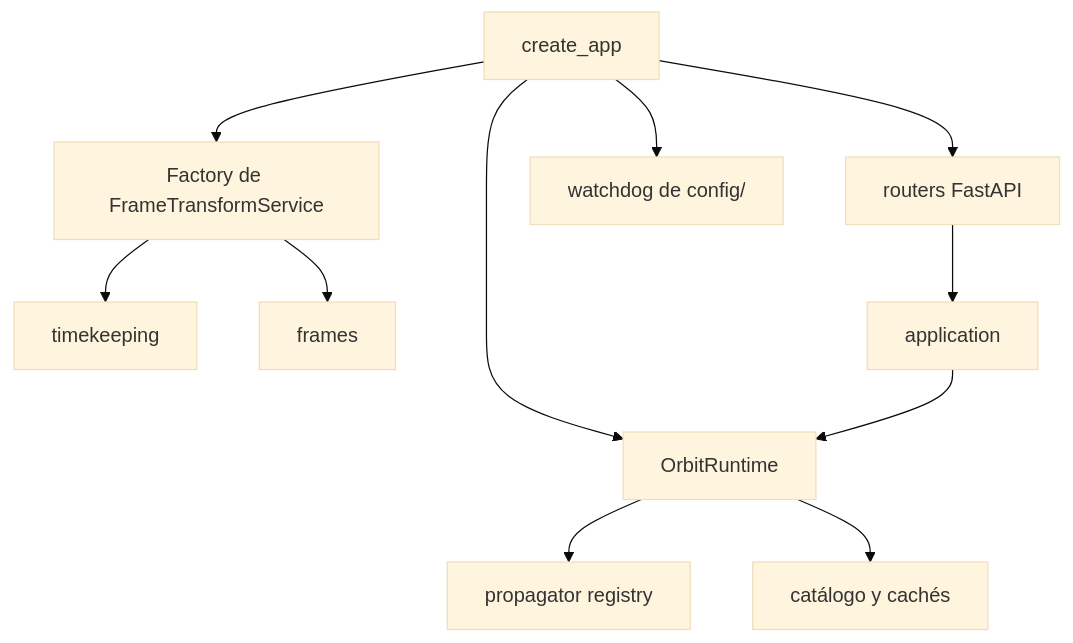
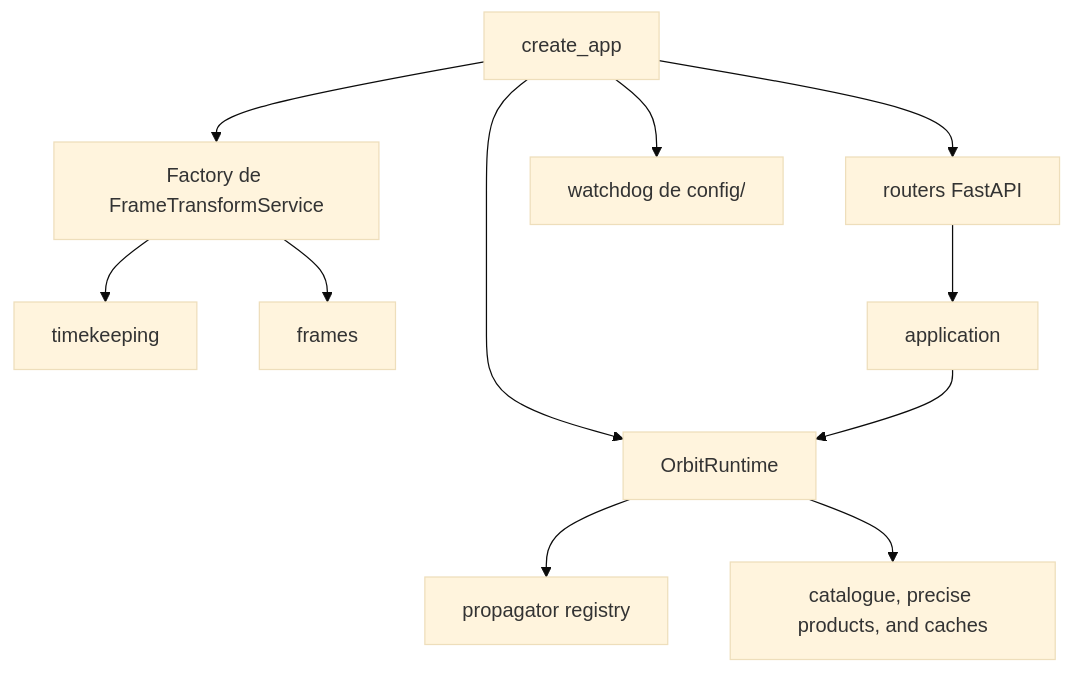
Before and after one commit to gabgarar/Orbit: the third of 3 diagrams in docs/wiki/en/development/architecture.md, drawn with Mermaid (base theme). The commit also changed other lines of this file and 91 other files, not shown here.

Commit message:
feat: import persistent precise GNSS SP3 and CLK products

````diff
--- a/docs/wiki/en/development/architecture.md
+++ b/docs/wiki/en/development/architecture.md
@@ -91,13 +91,13 @@
 ```mermaid
 flowchart TD
     A[create_app] --> F[Factory de FrameTransformService]
     F --> T[timekeeping]
     F --> M[frames]
     A --> R[OrbitRuntime]
     R --> PR[propagator registry]
-    R --> CA[catálogo y cachés]
+    R --> CA[catalogue, precise products, and caches]
     A --> RT[routers FastAPI]
     RT --> AP[application]
     AP --> R
     A --> W[watchdog de config/]
 ```
````
